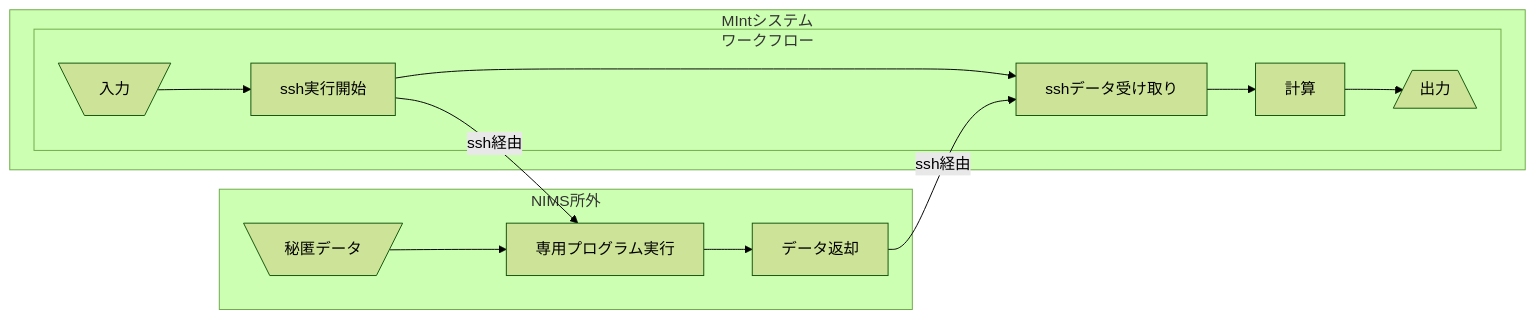
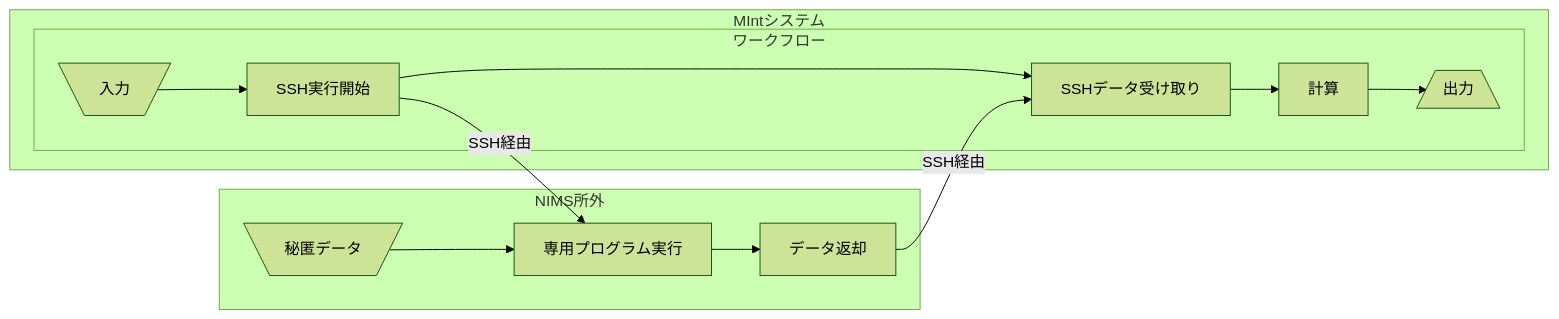
The first of 4 diagrams in documents/manual2nd/source/using_distributed_properties.rst (materialsintegration/remote_workflow), drawn with Mermaid (forest theme) before and after one commit. The commit also changed other lines of this file, not shown here.

```diff
--- a/documents/manual2nd/source/using_distributed_properties.rst
+++ b/documents/manual2nd/source/using_distributed_properties.rst
@@ -83,29 +83,29 @@
 .. mermaid::
    :caption: SSH実行のイメージ
    :align: center
 
    graph LR;
 
    subgraph NIMS所外
      input3[\秘匿データ/]
      module21[専用プログラム実行]
      module22[データ返却]
    end
    subgraph MIntシステム
      subgraph ワークフロー
        input1[\入力/]
-       module11[ssh実行開始]
-       module12[sshデータ受け取り]
+       module11[SSH実行開始]
+       module12[SSHデータ受け取り]
        module13[計算]
        output1[/出力\]
      end
    end
 
    input1-->module11
    module11-->module12
    module12-->module13
    module13-->output1
    input3-->module21
-   module11--ssh経由-->module21
+   module11--SSH経由-->module21
    module21-->module22
-   module22--ssh経由-->module12
+   module22--SSH経由-->module12
```
